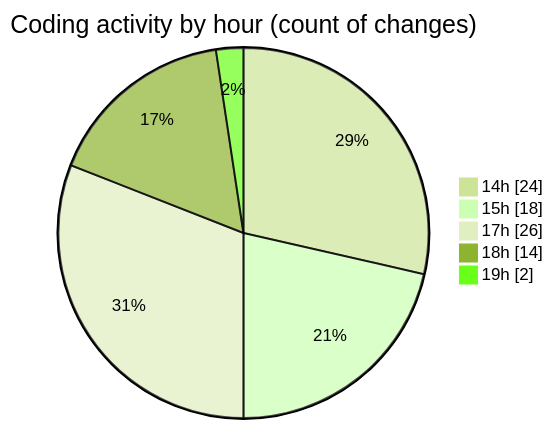
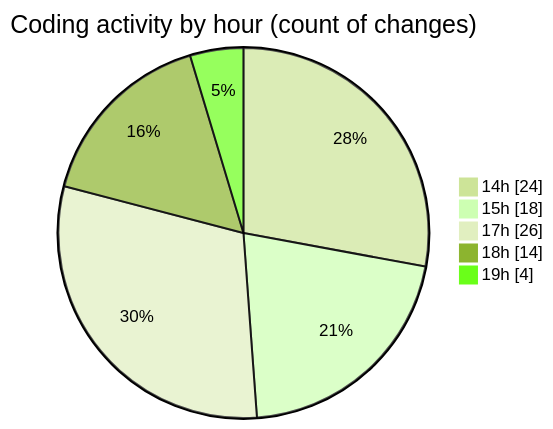
One commit to Elitesun/code-tracking changed the second of 2 diagrams in 2025-04-22/indesign/README.md. Above: the diagram before and after it, drawn with Mermaid (forest theme). The commit also changed other lines of this file and 1 other file, not shown here.

````diff
--- a/2025-04-22/indesign/README.md
+++ b/2025-04-22/indesign/README.md
@@ -47,9 +47,9 @@
 ```mermaid
 pie showData
 title Coding activity by hour (count of changes)
 "14h" : 24
 "15h" : 18
 "17h" : 26
 "18h" : 14
-"19h" : 2
+"19h" : 4
 ```
````
